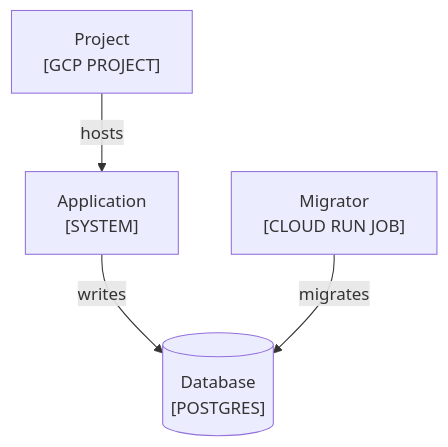
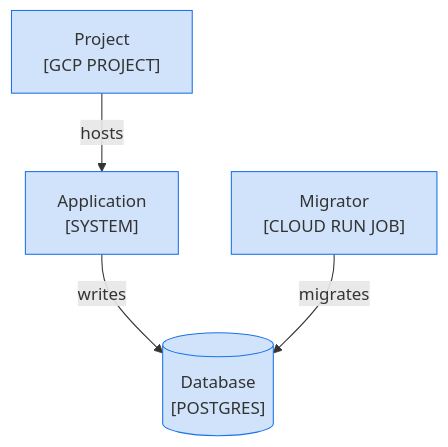
The diagram in skills/docsmith/scripts/fixtures/bad/mmd-infrastructure-generic.md (choonchernlim/skills), drawn with Mermaid before and after one commit. The commit also changed other lines of this file and 47 other files, not shown here.

First line of the commit message:
feat(docsmith): require owner colors, sequence owner bands, and docs domain folders

````diff
--- a/skills/docsmith/scripts/fixtures/bad/mmd-infrastructure-generic.md
+++ b/skills/docsmith/scripts/fixtures/bad/mmd-infrastructure-generic.md
@@ -12,10 +12,13 @@
 ```mermaid
 graph TD
   Project["Project<br/>[GCP PROJECT]"]
   App["Application<br/>[SYSTEM]"]
   Job["Migrator<br/>[CLOUD RUN JOB]"]
   Store[("Database<br/>[POSTGRES]")]
   Project -->|"hosts"| App
   App -->|"writes"| Store
   Job -->|"migrates"| Store
+
+  class Project,App,Job,Store own
+  classDef own fill:#1a73e833,stroke:#1a73e8
 ```
````
